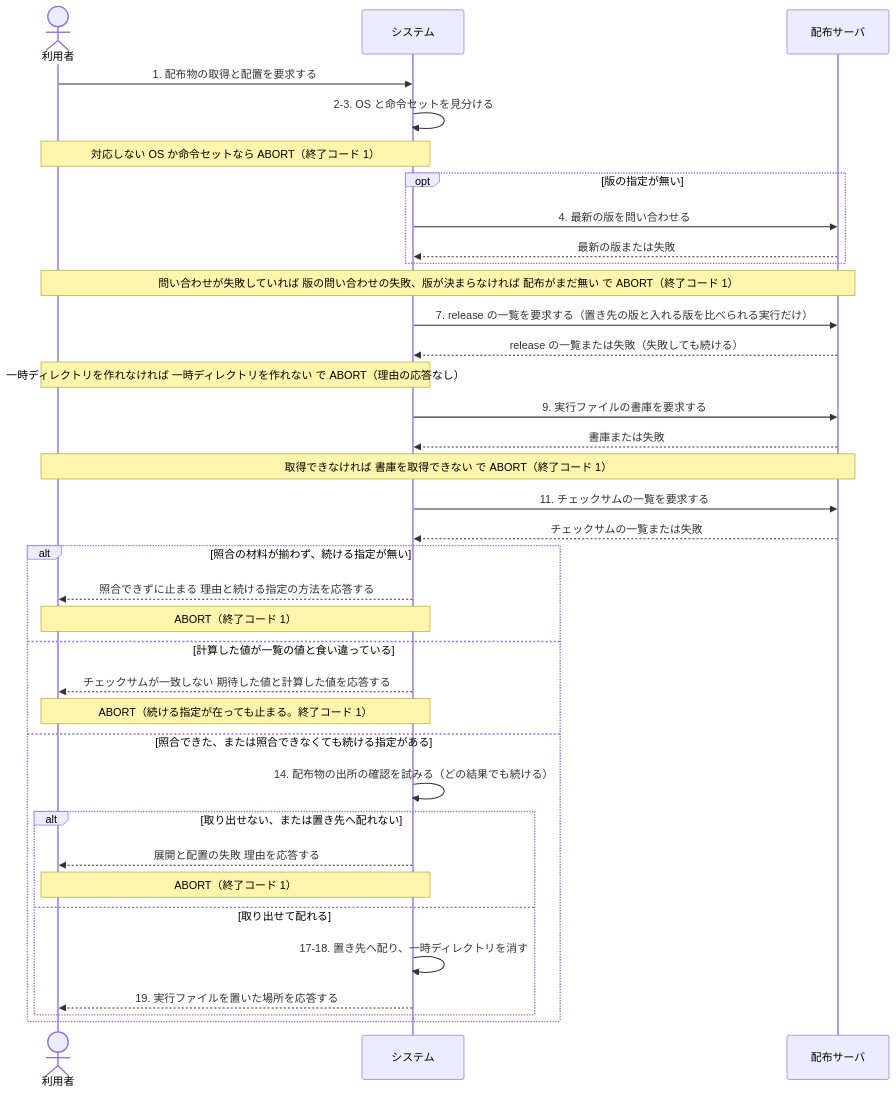
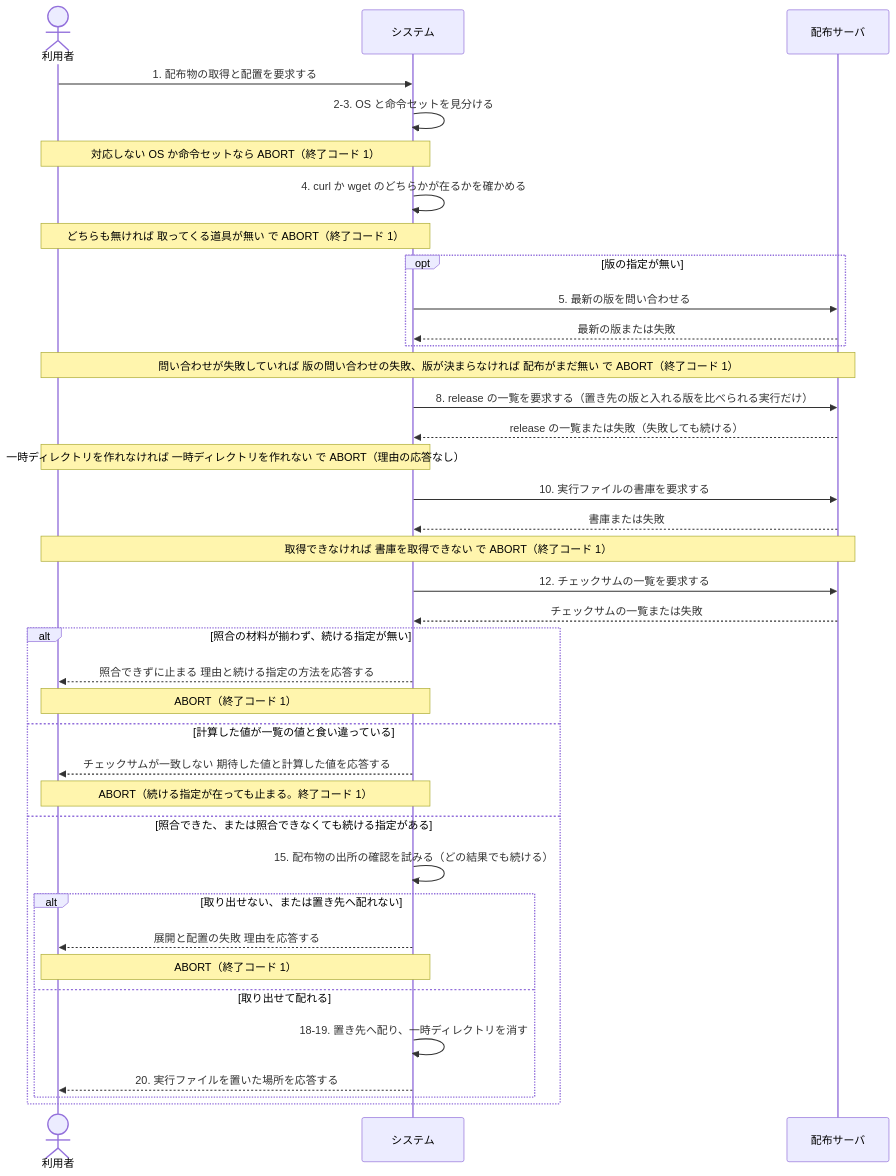
One commit to maimuzo/continuo changed the second of 2 diagrams in docs/spec/usecases/particular_case/配布物を取って置く.rucm.md. Above: the diagram before and after it, drawn with Mermaid. The commit also changed other lines of this file and 86 other files, not shown here.

````diff
--- a/docs/spec/usecases/particular_case/配布物を取って置く.rucm.md
+++ b/docs/spec/usecases/particular_case/配布物を取って置く.rucm.md
@@ -285,39 +306,41 @@
 ```mermaid
 sequenceDiagram
     actor USER as 利用者
     participant SYS as システム
     participant REL as 配布サーバ
 
     USER->>SYS: 1. 配布物の取得と配置を要求する
     SYS->>SYS: 2-3. OS と命令セットを見分ける
     Note over USER,SYS: 対応しない OS か命令セットなら ABORT（終了コード 1）
+    SYS->>SYS: 4. curl か wget のどちらかが在るかを確かめる
+    Note over USER,SYS: どちらも無ければ 取ってくる道具が無い で ABORT（終了コード 1）
     opt 版の指定が無い
-        SYS->>REL: 4. 最新の版を問い合わせる
+        SYS->>REL: 5. 最新の版を問い合わせる
         REL-->>SYS: 最新の版または失敗
     end
     Note over USER,REL: 問い合わせが失敗していれば 版の問い合わせの失敗、版が決まらなければ 配布がまだ無い で ABORT（終了コード 1）
-    SYS->>REL: 7. release の一覧を要求する（置き先の版と入れる版を比べられる実行だけ）
+    SYS->>REL: 8. release の一覧を要求する（置き先の版と入れる版を比べられる実行だけ）
     REL-->>SYS: release の一覧または失敗（失敗しても続ける）
     Note over USER,SYS: 一時ディレクトリを作れなければ 一時ディレクトリを作れない で ABORT（理由の応答なし）
-    SYS->>REL: 9. 実行ファイルの書庫を要求する
+    SYS->>REL: 10. 実行ファイルの書庫を要求する
     REL-->>SYS: 書庫または失敗
     Note over USER,REL: 取得できなければ 書庫を取得できない で ABORT（終了コード 1）
-    SYS->>REL: 11. チェックサムの一覧を要求する
+    SYS->>REL: 12. チェックサムの一覧を要求する
     REL-->>SYS: チェックサムの一覧または失敗
     alt 照合の材料が揃わず、続ける指定が無い
         SYS-->>USER: 照合できずに止まる 理由と続ける指定の方法を応答する
         Note over USER,SYS: ABORT（終了コード 1）
     else 計算した値が一覧の値と食い違っている
         SYS-->>USER: チェックサムが一致しない 期待した値と計算した値を応答する
         Note over USER,SYS: ABORT（続ける指定が在っても止まる。終了コード 1）
     else 照合できた、または照合できなくても続ける指定がある
-        SYS->>SYS: 14. 配布物の出所の確認を試みる（どの結果でも続ける）
+        SYS->>SYS: 15. 配布物の出所の確認を試みる（どの結果でも続ける）
         alt 取り出せない、または置き先へ配れない
             SYS-->>USER: 展開と配置の失敗 理由を応答する
             Note over USER,SYS: ABORT（終了コード 1）
         else 取り出せて配れる
-            SYS->>SYS: 17-18. 置き先へ配り、一時ディレクトリを消す
-            SYS-->>USER: 19. 実行ファイルを置いた場所を応答する
+            SYS->>SYS: 18-19. 置き先へ配り、一時ディレクトリを消す
+            SYS-->>USER: 20. 実行ファイルを置いた場所を応答する
         end
     end
 ```
````
